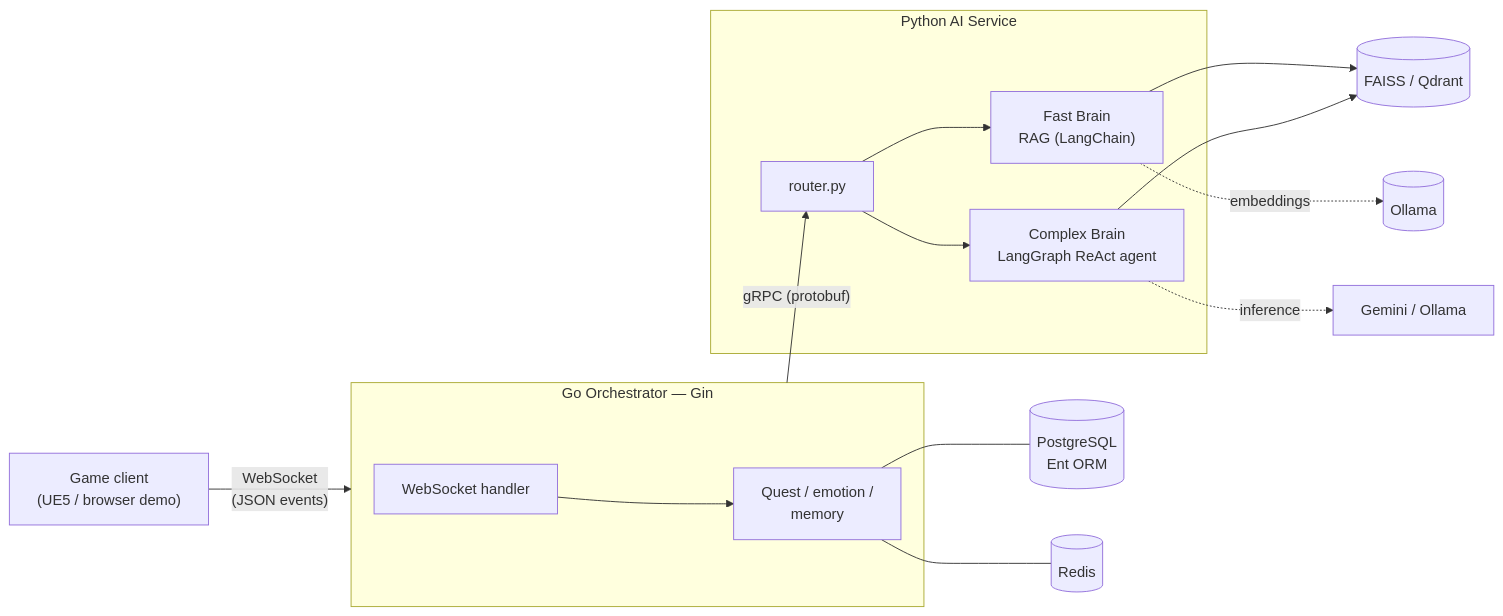
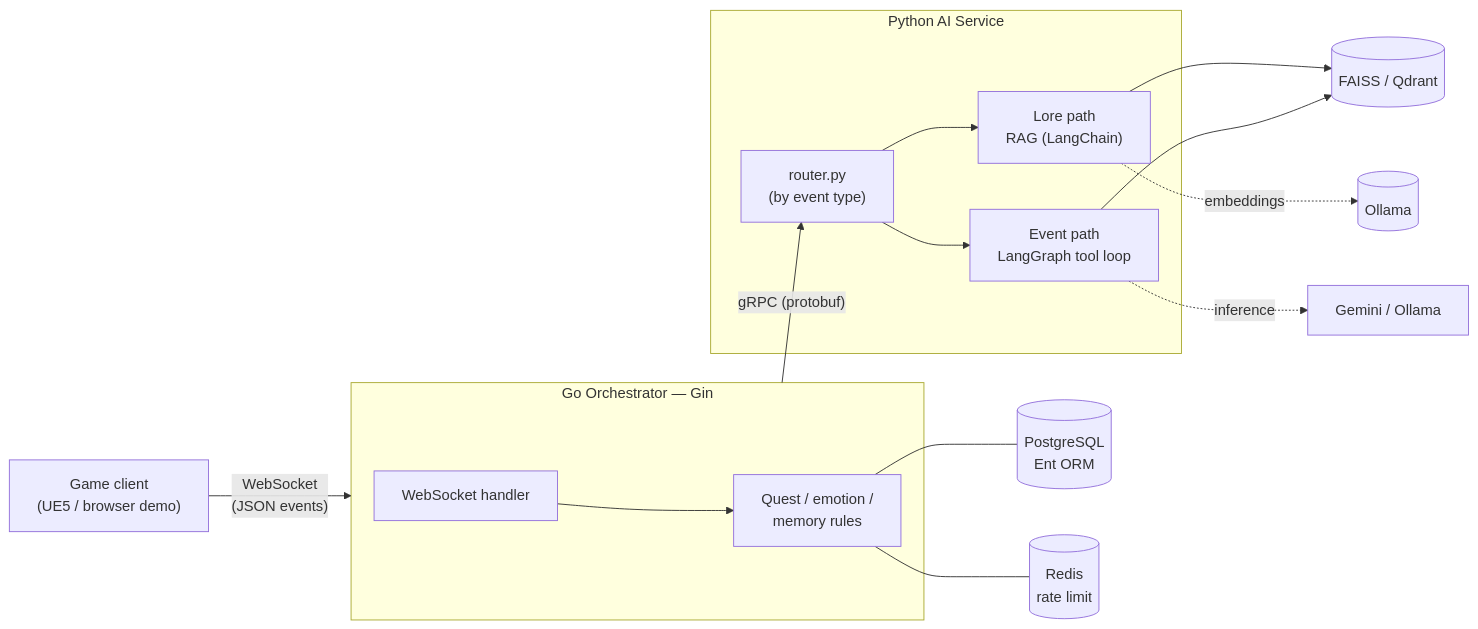
One commit to Kprateek283/agentic-npc-project changed the diagram in README.md. Above: the diagram before and after it, drawn with Mermaid. The commit also changed other lines of this file and 2 other files, not shown here.

````diff
--- a/README.md
+++ b/README.md
@@ -43,22 +55,22 @@
 ```mermaid
 flowchart LR
     Client["Game client<br/>(UE5 / browser demo)"]
     Client -- "WebSocket<br/>(JSON events)" --> Go
 
     subgraph Go["Go Orchestrator — Gin"]
-        WS["WebSocket handler"] --> Logic["Quest / emotion /<br/>memory"]
+        WS["WebSocket handler"] --> Logic["Quest / emotion /<br/>memory rules"]
     end
 
     Go -- "gRPC (protobuf)" --> Router
     subgraph Py["Python AI Service"]
-        Router["router.py"] --> Fast["Fast Brain<br/>RAG (LangChain)"]
-        Router --> Complex["Complex Brain<br/>LangGraph ReAct agent"]
+        Router["router.py<br/>(by event type)"] --> Fast["Lore path<br/>RAG (LangChain)"]
+        Router --> Complex["Event path<br/>LangGraph tool loop"]
     end
 
     Logic --- PG[("PostgreSQL<br/>Ent ORM")]
-    Logic --- Redis[("Redis")]
+    Logic --- Redis[("Redis<br/>rate limit")]
     Fast --> VS[("FAISS / Qdrant")]
     Complex --> VS
     Fast -. embeddings .-> Ollama[("Ollama")]
     Complex -. inference .-> LLM["Gemini / Ollama"]
 ```
````
